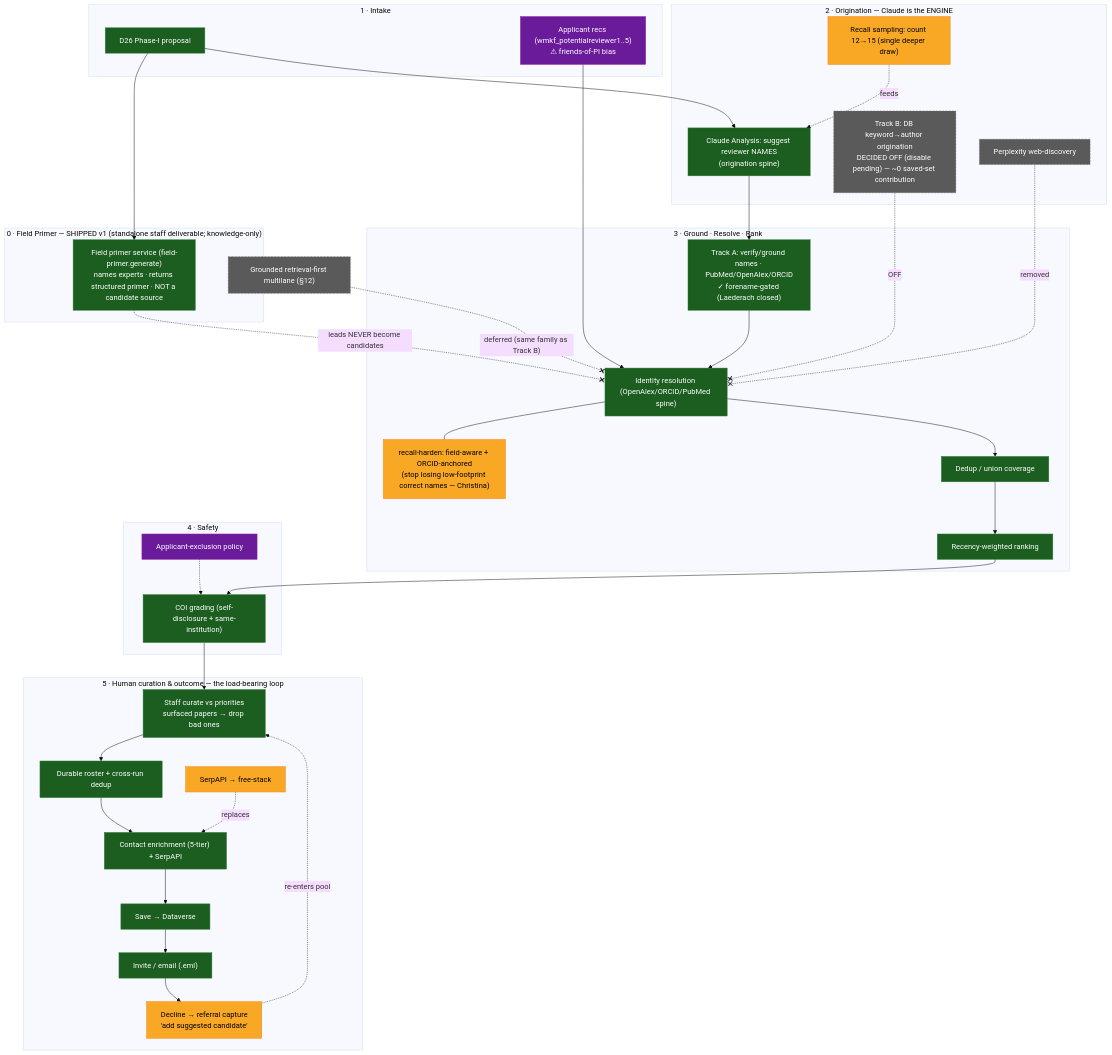
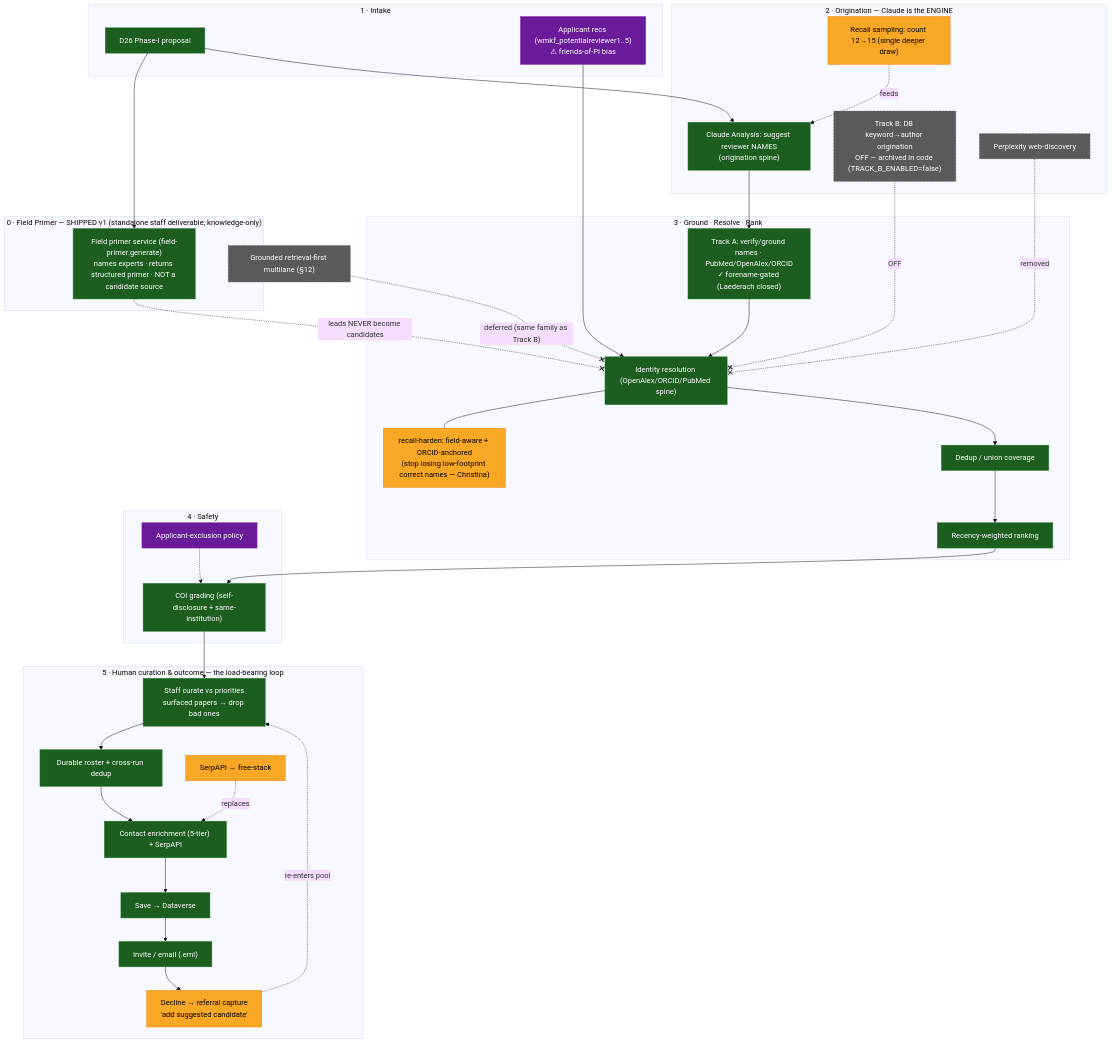
The diagram in docs/REVIEWER_FINDER_D26_PIPELINE_FLOWCHART.md (justingallivan/wmkf-research-apps), drawn with Mermaid (base theme) before and after one commit. The commit also changed other lines of this file and 2 other files, not shown here.

First line of the commit message:
feat(reviewer-finder): archive Track B (DB keyword->author origination) off by code switch

````diff
--- a/docs/REVIEWER_FINDER_D26_PIPELINE_FLOWCHART.md
+++ b/docs/REVIEWER_FINDER_D26_PIPELINE_FLOWCHART.md
@@ -24,70 +24,70 @@
 ```mermaid
 flowchart TD
     subgraph PRIMER["0 · Field Primer — SHIPPED v1 (standalone staff deliverable; knowledge-only)"]
         PR["Field primer service (field-primer.generate)<br/>names experts · returns structured primer · NOT a candidate source"]
     end
 
     subgraph INPUT["1 · Intake"]
         P[D26 Phase-I proposal]
         AppRecs["Applicant recs (wmkf_potentialreviewer1..5)<br/>⚠ friends-of-PI bias"]
     end
 
     subgraph ORIG["2 · Origination — Claude is the ENGINE"]
         CA["Claude Analysis: suggest reviewer NAMES<br/>(origination spine)"]
         RS["Recall sampling: count 12→15 (single deeper draw)"]
-        TB["Track B: DB keyword→author origination<br/>DECIDED OFF (disable pending) — ~0 saved-set contribution"]
+        TB["Track B: DB keyword→author origination<br/>OFF — archived in code (TRACK_B_ENABLED=false)"]
         WEB["Perplexity web-discovery"]
     end
 
     subgraph GROUND["3 · Ground · Resolve · Rank"]
         TA["Track A: verify/ground names · PubMed/OpenAlex/ORCID<br/>✓ forename-gated (Laederach closed)"]
         ID["Identity resolution (OpenAlex/ORCID/PubMed spine)"]
         IDFIX["recall-harden: field-aware + ORCID-anchored<br/>(stop losing low-footprint correct names — Christina)"]
         DD["Dedup / union coverage"]
         RK["Recency-weighted ranking"]
     end
 
     subgraph GATE["4 · Safety"]
         COI["COI grading (self-disclosure + same-institution)"]
         EXC["Applicant-exclusion policy"]
     end
 
     subgraph HUMAN["5 · Human curation & outcome — the load-bearing loop"]
         CUR["Staff curate vs priorities<br/>surfaced papers → drop bad ones"]
         ROSTER["Durable roster + cross-run dedup"]
         ENR["Contact enrichment (5-tier) + SerpAPI"]
         SERP["SerpAPI → free-stack"]
         SAVE["Save → Dataverse"]
         INVITE["Invite / email (.eml)"]
         REF["Decline → referral capture<br/>'add suggested candidate'"]
     end
 
     GROUNDED["Grounded retrieval-first multilane (§12)"]
 
     P --> PR
     P --> CA
     RS -.feeds.-> CA
     AppRecs --> ID
     CA --> TA --> ID
     TB -. OFF .-x ID
     WEB -. removed .-x ID
     PR -. leads NEVER become candidates .-x ID
     ID --- IDFIX
     ID --> DD --> RK --> COI
     EXC -.-> COI
     COI --> CUR --> ROSTER --> ENR --> SAVE --> INVITE
     SERP -. replaces .-> ENR
     INVITE --> REF
     REF -. re-enters pool .-> CUR
     GROUNDED -. deferred (same family as Track B) .-x ID
 
     classDef exists fill:#1b5e20,stroke:#2e7d32,color:#fff
     classDef build fill:#f9a825,stroke:#f57f17,color:#000
     classDef dead fill:#5a5a5a,stroke:#777,color:#fff,stroke-dasharray:4 3
     classDef open fill:#6a1b9a,stroke:#8e24aa,color:#fff
 
     class P,CA,TA,ID,DD,RK,COI,CUR,ROSTER,ENR,SAVE,INVITE,PR exists
     class RS,IDFIX,SERP,REF build
     class WEB,GROUNDED,TB dead
     class EXC,AppRecs open
 ```
````
